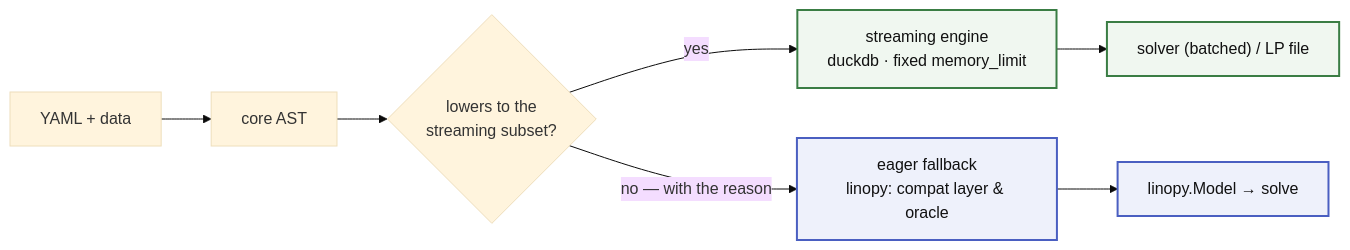
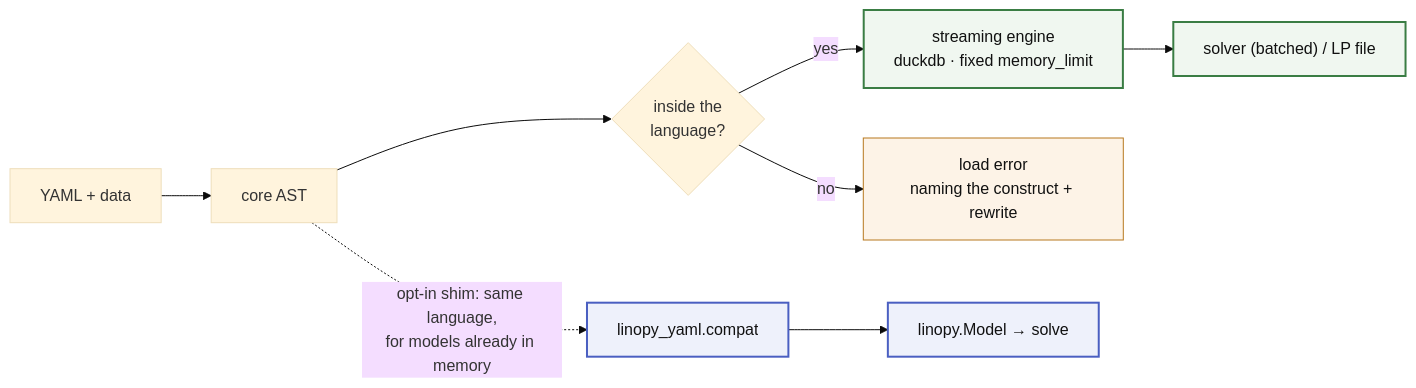
One commit to FBumann/farkas changed the diagram in README.md. Above: the diagram before and after it, drawn with Mermaid (base theme). The commit also changed other lines of this file and 3 other files, not shown here.

````diff
--- a/README.md
+++ b/README.md
@@ -7,14 +7,17 @@
 ```mermaid
 flowchart LR
     Y["YAML + data"] --> AST["core AST"]
-    AST --> R{"lowers to the<br/>streaming subset?"}
+    AST --> R{"inside the<br/>language?"}
     R -->|"yes"| S["streaming engine<br/>duckdb · fixed memory_limit"]
     S --> OUT["solver (batched) / LP file"]
-    R -->|"no — with the reason"| E["eager fallback<br/>linopy: compat layer & oracle"]
+    R -->|"no"| ERR["load error<br/>naming the construct + rewrite"]
+    AST -.->|"opt-in shim: same language,<br/>for models already in memory"| E["linopy_yaml.compat"]
     E --> LS["linopy.Model → solve"]
 
     classDef stream fill:#f0f7f0,stroke:#3a7d44,stroke-width:2px,color:#111
     classDef compat fill:#eef1fb,stroke:#4a5fc1,stroke-width:2px,color:#111
     class S,OUT stream
     class E,LS compat
+    class ERR err
+    classDef err fill:#fdf3e7,stroke:#b7791f,color:#111
 ```
````
